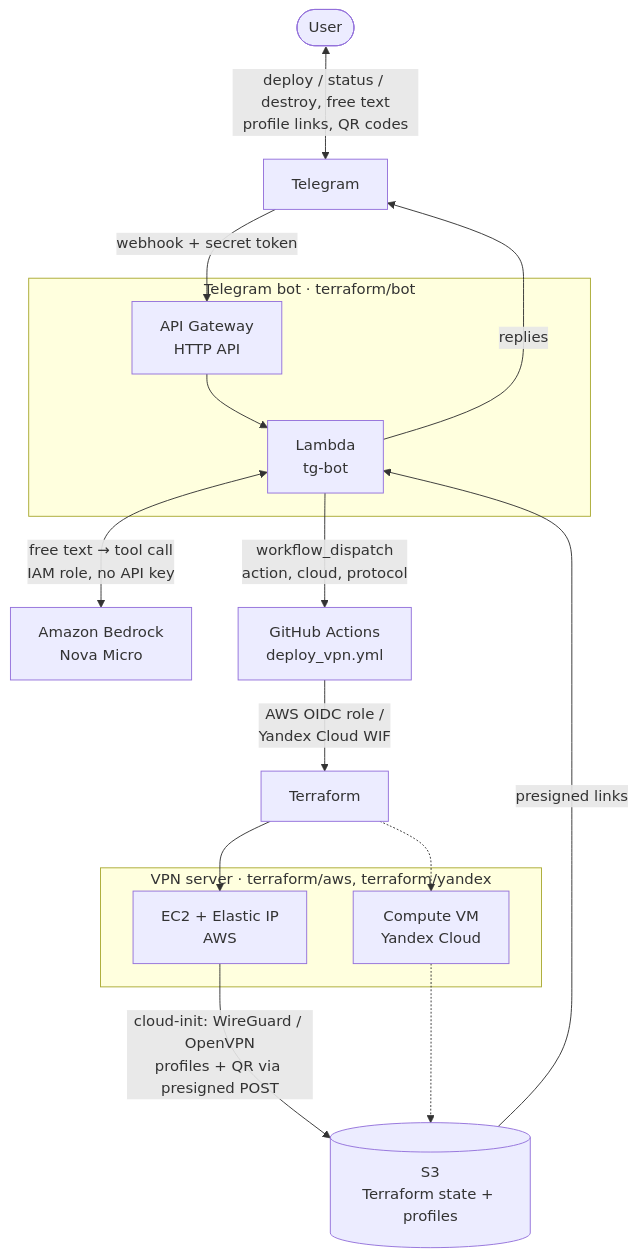
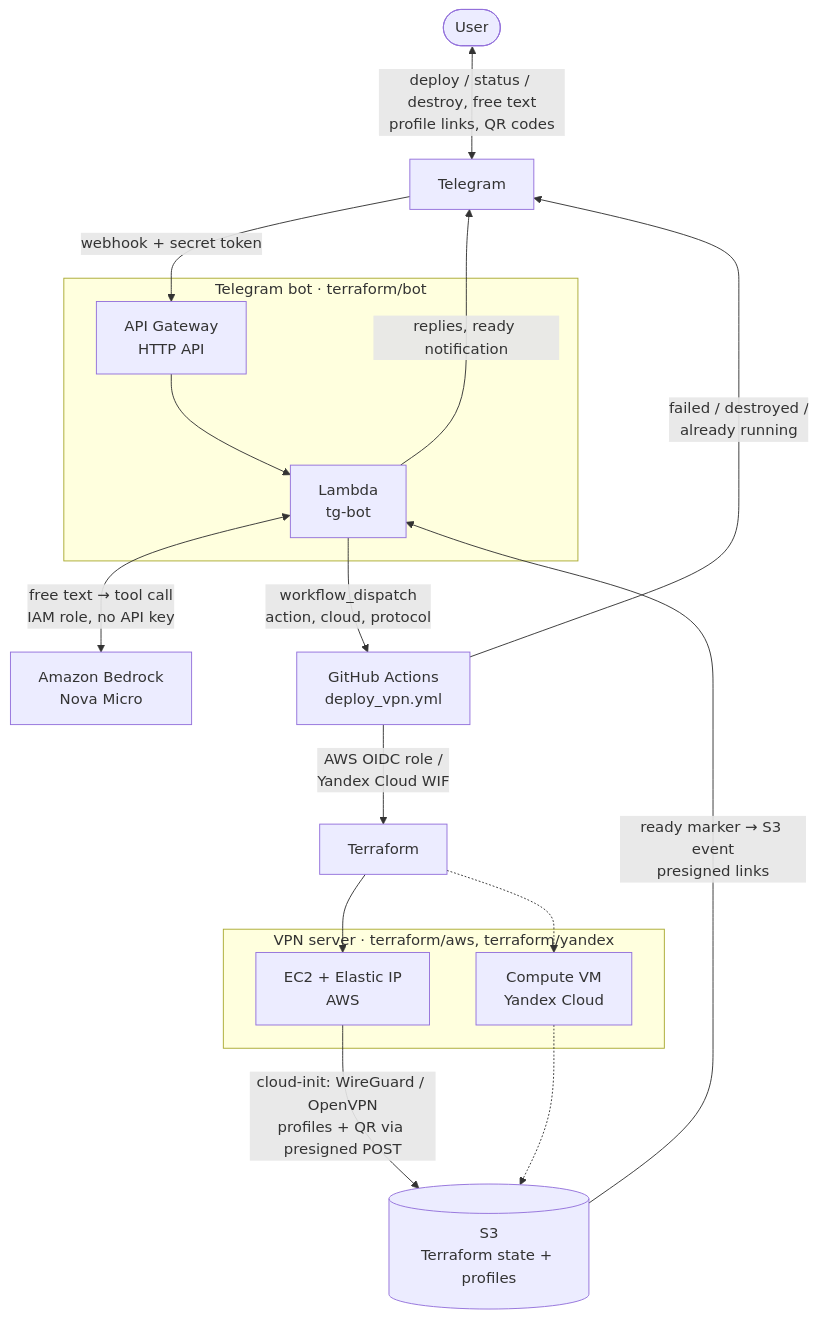
One commit to eosklv/VPN-Telegram-AI-Bot changed the diagram in README.md. Above: the diagram before and after it, drawn with Mermaid. The commit also changed other lines of this file, not shown here.

First line of the commit message:
README: notifications in the flow and diagram, layout, tests (#20)

````diff
--- a/README.md
+++ b/README.md
@@ -98,25 +98,26 @@
 ```mermaid
 flowchart TD
     user(["User"]) <-->|"deploy / status / destroy, free text<br/>profile links, QR codes"| tg["Telegram"]
     tg -->|"webhook + secret token"| api
 
     subgraph bot_stack["Telegram bot · terraform/bot"]
         api["API Gateway<br/>HTTP API"] --> bot["Lambda<br/>tg-bot"]
     end
 
     bot <-->|"free text → tool call<br/>IAM role, no API key"| llm["Amazon Bedrock<br/>Nova Micro"]
     bot -->|"workflow_dispatch<br/>action, cloud, protocol"| gha["GitHub Actions<br/>deploy_vpn.yml"]
     gha -->|"AWS OIDC role /<br/>Yandex Cloud WIF"| tf["Terraform"]
 
     subgraph servers["VPN server · terraform/aws, terraform/yandex"]
         ec2["EC2 + Elastic IP<br/>AWS"]
         ycvm["Compute VM<br/>Yandex Cloud"]
     end
 
     tf --> ec2
     tf -.-> ycvm
     ec2 -->|"cloud-init: WireGuard / OpenVPN<br/>profiles + QR via presigned POST"| s3[("S3<br/>Terraform state + profiles")]
     ycvm -.-> s3
-    s3 -->|"presigned links"| bot
-    bot -->|"replies"| tg
+    s3 -->|"ready marker → S3 event<br/>presigned links"| bot
+    bot -->|"replies, ready notification"| tg
+    gha -->|"failed / destroyed /<br/>already running"| tg
 ```
````
